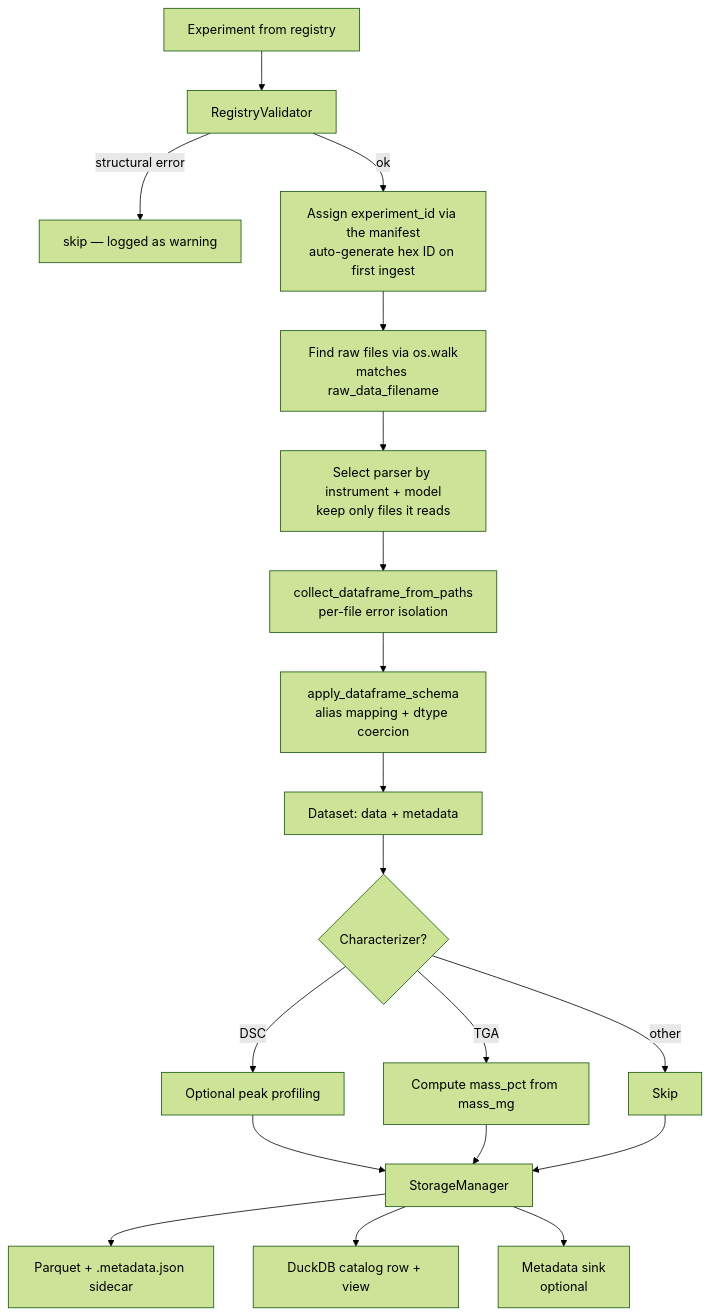
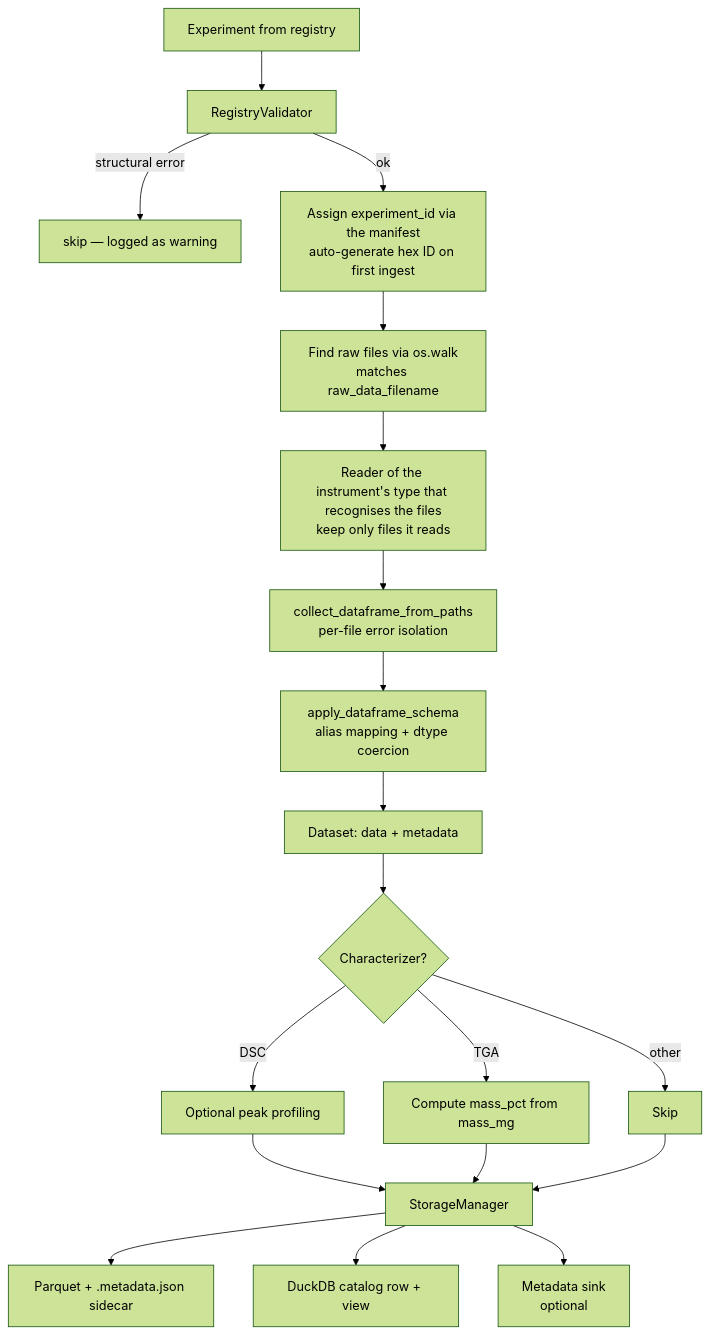
One commit to lucaAyt/mfethuls changed the first of 3 diagrams in docs/reference/architecture.md. Above: the diagram before and after it, drawn with Mermaid (forest theme). The commit also changed other lines of this file and 73 other files, not shown here.

````diff
--- a/docs/reference/architecture.md
+++ b/docs/reference/architecture.md
@@ -9,21 +9,21 @@
 ```mermaid
 flowchart TD
   A[Experiment from registry] --> B[RegistryValidator]
   B -->|structural error| X[skip — logged as warning]
   B -->|ok| C[Assign experiment_id via the manifest\nauto-generate hex ID on first ingest]
   C --> D[Find raw files via os.walk\nmatches raw_data_filename]
-  D --> E[Select parser by instrument + model\nkeep only files it reads]
+  D --> E[Reader of the instrument's type that recognises the files\nkeep only files it reads]
   E --> F[collect_dataframe_from_paths\nper-file error isolation]
   F --> G[apply_dataframe_schema\nalias mapping + dtype coercion]
   G --> H[Dataset: data + metadata]
   H --> I{Characterizer?}
   I -->|DSC| J[Optional peak profiling]
   I -->|TGA| JT[Compute mass_pct from mass_mg]
   I -->|other| K[Skip]
   J --> L[StorageManager]
   JT --> L
   K --> L
   L --> M[Parquet + .metadata.json sidecar]
   L --> N[DuckDB catalog row + view]
   L --> O[Metadata sink\noptional]
 ```
````
